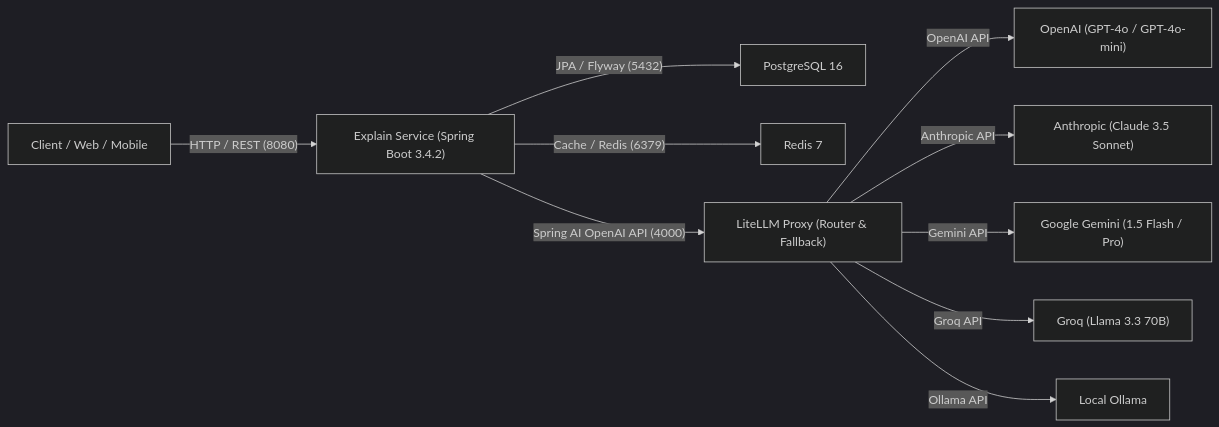
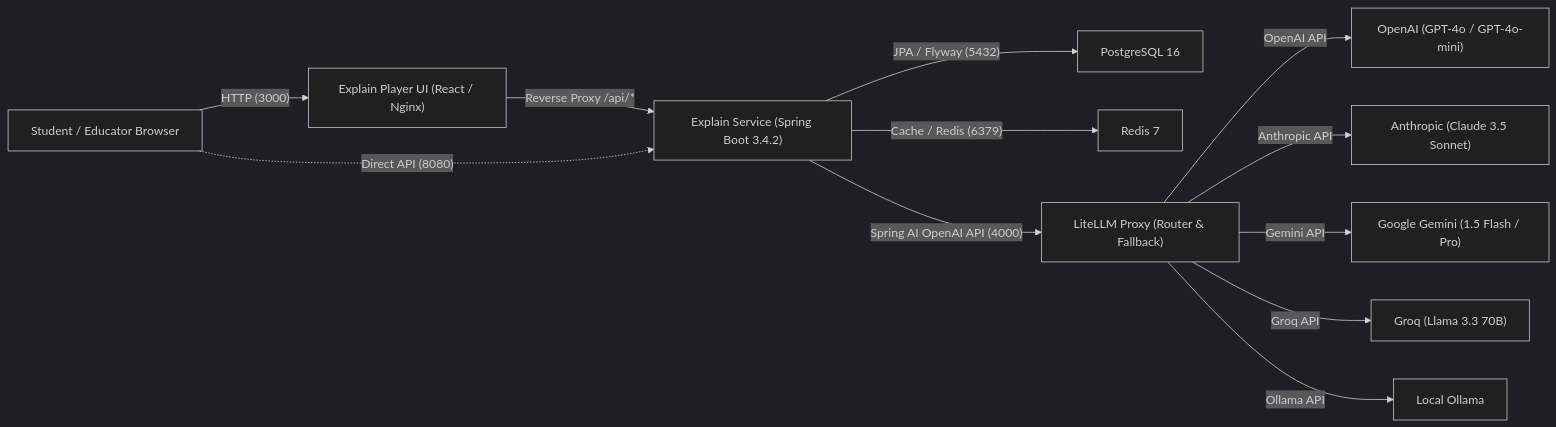
One commit to Anvaya-Prajna-AI/anvaya-prajna changed the diagram in DOCKER.md. Above: the diagram before and after it, drawn with Mermaid (dark theme). The commit also changed other lines of this file and 7 other files, not shown here.

Commit message:
feat(docker): add explain-player UI service to docker compose and update documentation

````diff
--- a/DOCKER.md
+++ b/DOCKER.md
@@ -9,12 +9,14 @@
 ```mermaid
 graph LR
-    Client["Client / Web / Mobile"] -->|"HTTP / REST (8080)"| ExplainService["Explain Service (Spring Boot 3.4.2)"]
+    User["Student / Educator Browser"] -->|"HTTP (3000)"| ExplainPlayer["Explain Player UI (React / Nginx)"]
+    ExplainPlayer -->|"Reverse Proxy /api/*"| ExplainService["Explain Service (Spring Boot 3.4.2)"]
+    User -.->|"Direct API (8080)"| ExplainService
     ExplainService -->|"JPA / Flyway (5432)"| Postgres["PostgreSQL 16"]
     ExplainService -->|"Cache / Redis (6379)"| Redis["Redis 7"]
     ExplainService -->|"Spring AI OpenAI API (4000)"| LiteLLM["LiteLLM Proxy (Router & Fallback)"]
     LiteLLM -->|"OpenAI API"| OpenAI["OpenAI (GPT-4o / GPT-4o-mini)"]
     LiteLLM -->|"Anthropic API"| Anthropic["Anthropic (Claude 3.5 Sonnet)"]
     LiteLLM -->|"Gemini API"| Gemini["Google Gemini (1.5 Flash / Pro)"]
     LiteLLM -->|"Groq API"| Groq["Groq (Llama 3.3 70B)"]
     LiteLLM -->|"Ollama API"| Ollama["Local Ollama"]
 ```
````
